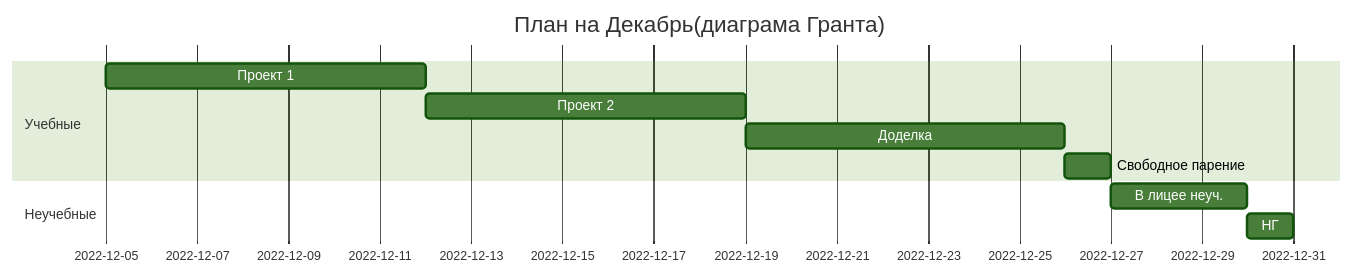
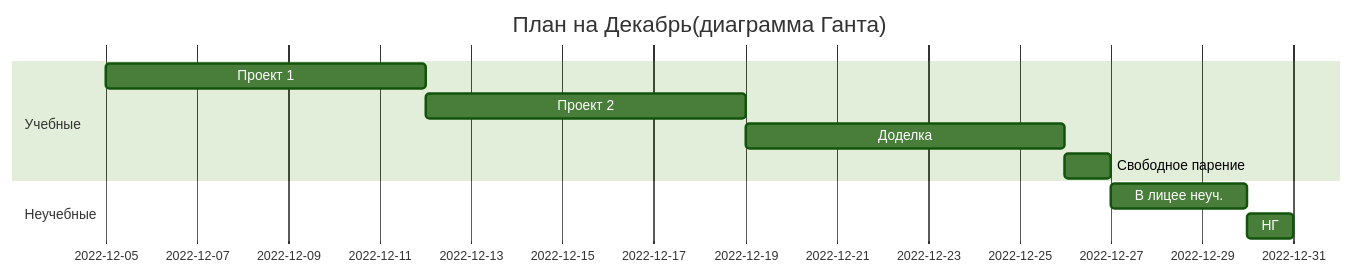
One commit to lictpu/help changed the third of 5 diagrams in README.md. Above: the diagram before and after it, drawn with Mermaid (forest theme). The commit also changed other lines of this file, not shown here.

````diff
--- a/README.md
+++ b/README.md
@@ -47,13 +47,13 @@
 ```mermaid
 gantt
-    title План на Декабрь(диаграма Гранта)
+    title План на Декабрь(диаграмма Ганта)
     dateFormat  YYYY-MM-DD
     section Учебные
     Проект 1     :a1, 2022-12-05, 7d
     Проект 2     :a2, after a1, 7d
     Доделка      :a3, after a2, 7d
     Свободное парение : a4, after a3,1d
     section Неучебные
     В лицее неуч.      :2022-12-27  , 3d
     НГ      : 1d
 ```
````
